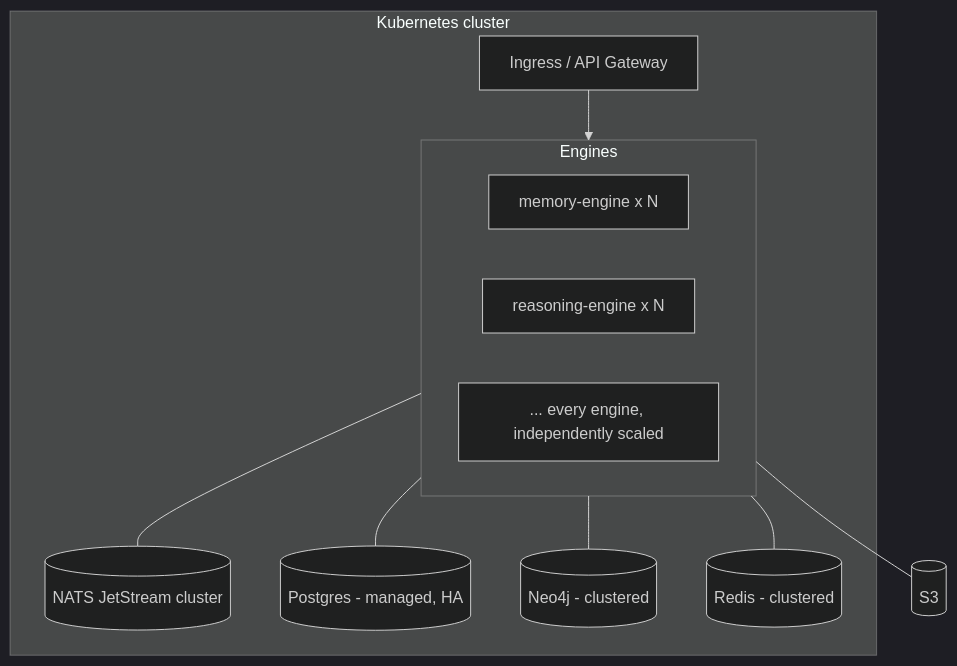
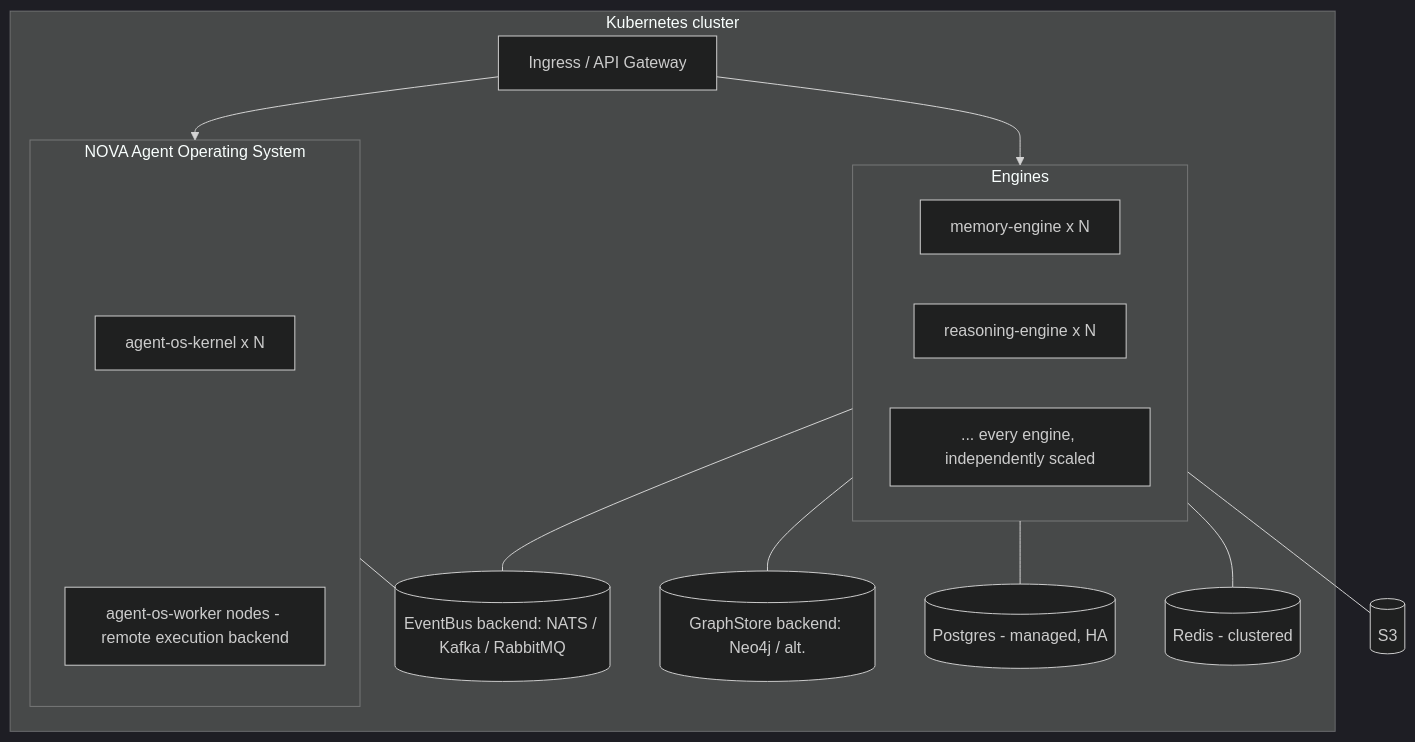
Before and after one commit to Tudor191/NOVA-PROJECT-BIBLE: the second of 2 diagrams in docs/architecture/14-deployment-architecture.md, drawn with Mermaid (dark theme). The commit also changed other lines of this file and 13 other files, not shown here.

First line of the commit message:
Elevate Event Bus, Graph Store, and Agent Orchestrator to explicit abstractions

````diff
--- a/docs/architecture/14-deployment-architecture.md
+++ b/docs/architecture/14-deployment-architecture.md
@@ -45,22 +45,29 @@
 ```mermaid
 flowchart TB
     subgraph "Kubernetes cluster"
     Ingress[Ingress / API Gateway]
     subgraph Engines
     E1[memory-engine x N]
     E2[reasoning-engine x N]
     E3[... every engine, independently scaled]
     end
-    NATS[(NATS JetStream cluster)]
+    subgraph NAOS["NOVA Agent Operating System"]
+    AK[agent-os-kernel x N]
+    AW[agent-os-worker nodes - remote execution backend]
+    end
+    NATS[(EventBus backend: NATS / Kafka / RabbitMQ)]
+    Neo4jIface[(GraphStore backend: Neo4j / alt.)]
     PGC[(Postgres - managed, HA)]
-    NeoC[(Neo4j - clustered)]
     RedisC[(Redis - clustered)]
     end
     ObjStore[(S3)]
     Ingress --> Engines
+    Ingress --> NAOS
     Engines --- NATS
+    NAOS --- NATS
     Engines --- PGC
-    Engines --- NeoC
+    Engines --- Neo4jIface
     Engines --- RedisC
     Engines --- ObjStore
+    NAOS --- AW
 ```
````
